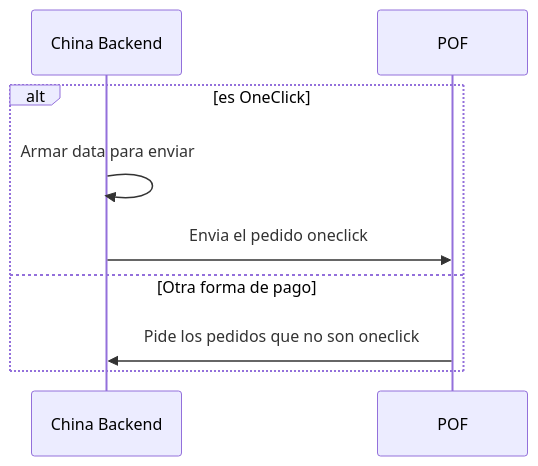
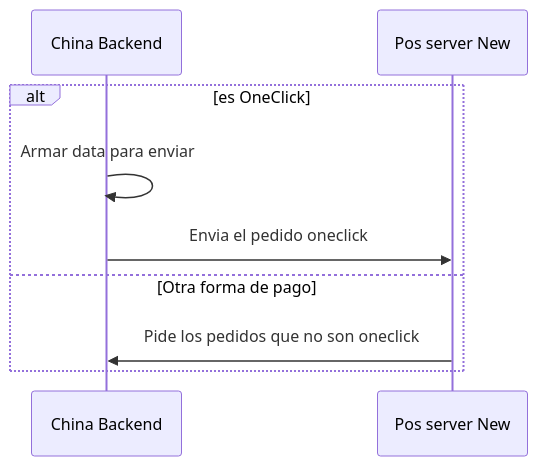
One commit to javix70/personal_obsidian changed the third of 4 diagrams in 100_niufoods/03_projects/china_backend/documentation/orders/diagramns.md. Above: the diagram before and after it, drawn with Mermaid. The commit also changed other lines of this file and 4 other files, not shown here.

````diff
--- a/100_niufoods/03_projects/china_backend/documentation/orders/diagramns.md
+++ b/100_niufoods/03_projects/china_backend/documentation/orders/diagramns.md
@@ -84,13 +90,13 @@
 ```mermaid
 
 sequenceDiagram
     participant CB as China Backend
-    participant P as POF
+    participant PN as Pos server New
 
     alt es OneClick
 	    CB->>CB: Armar data para enviar
-        CB->>P: Envia el pedido oneclick
+        CB->>PN: Envia el pedido oneclick
     else Otra forma de pago
-        P->>CB: Pide los pedidos que no son oneclick
+        PN->>CB: Pide los pedidos que no son oneclick
     end
 ```
````
